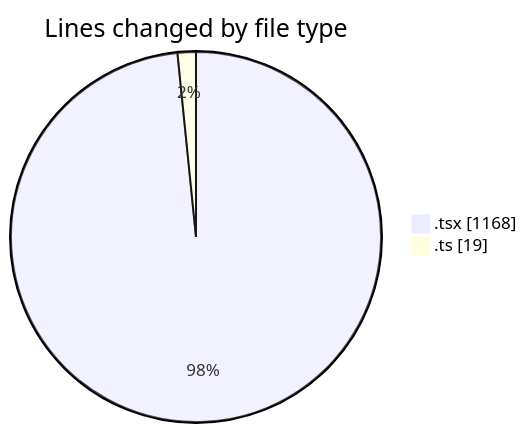
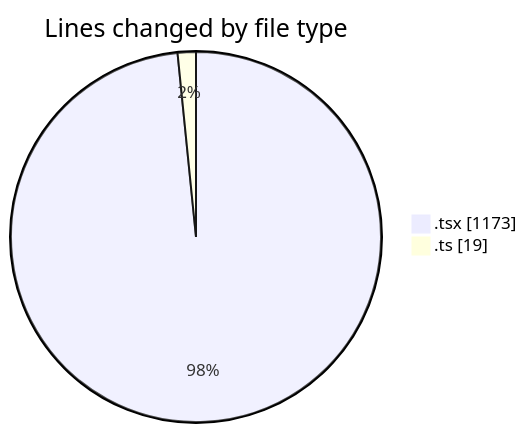
One commit to nxtqubesakshisongat/code-tracking changed the first of 2 diagrams in 2026-05-17/nxtqube_webapp/README.md. Above: the diagram before and after it, drawn with Mermaid. The commit also changed other lines of this file and 1 other file, not shown here.

````diff
--- a/2026-05-17/nxtqube_webapp/README.md
+++ b/2026-05-17/nxtqube_webapp/README.md
@@ -21,6 +21,6 @@
 ```mermaid
 pie showData
 title Lines changed by file type
-".tsx" : 1168
+".tsx" : 1173
 ".ts" : 19
 ```
````
